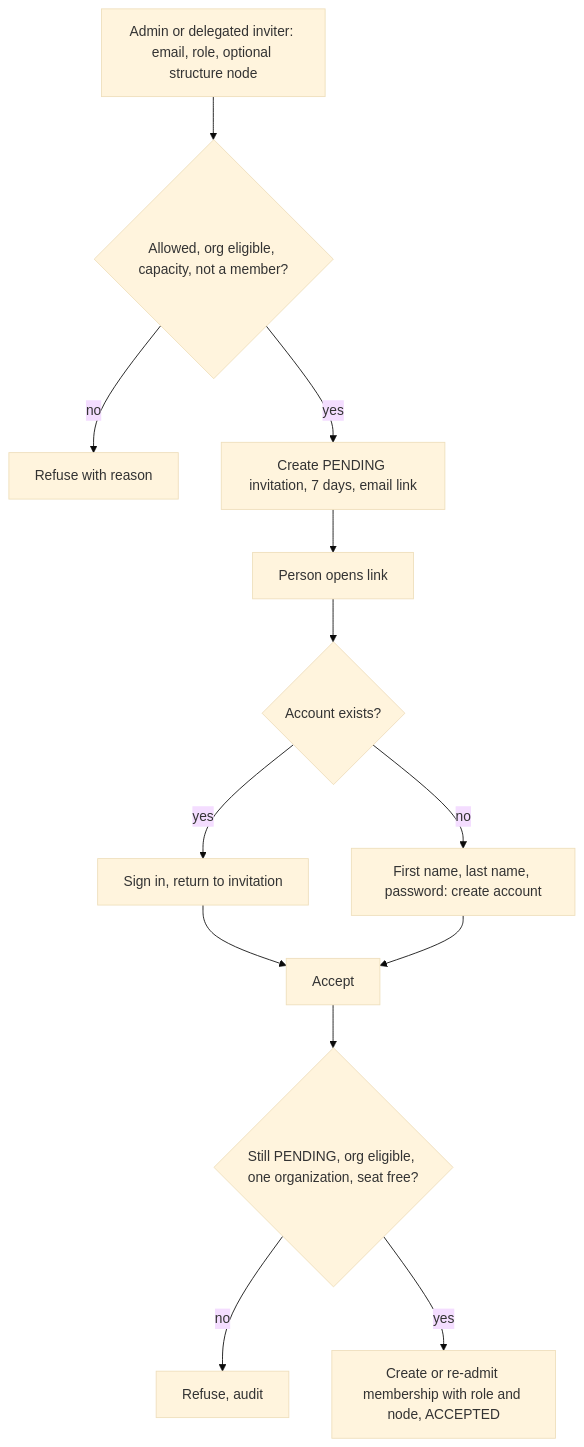
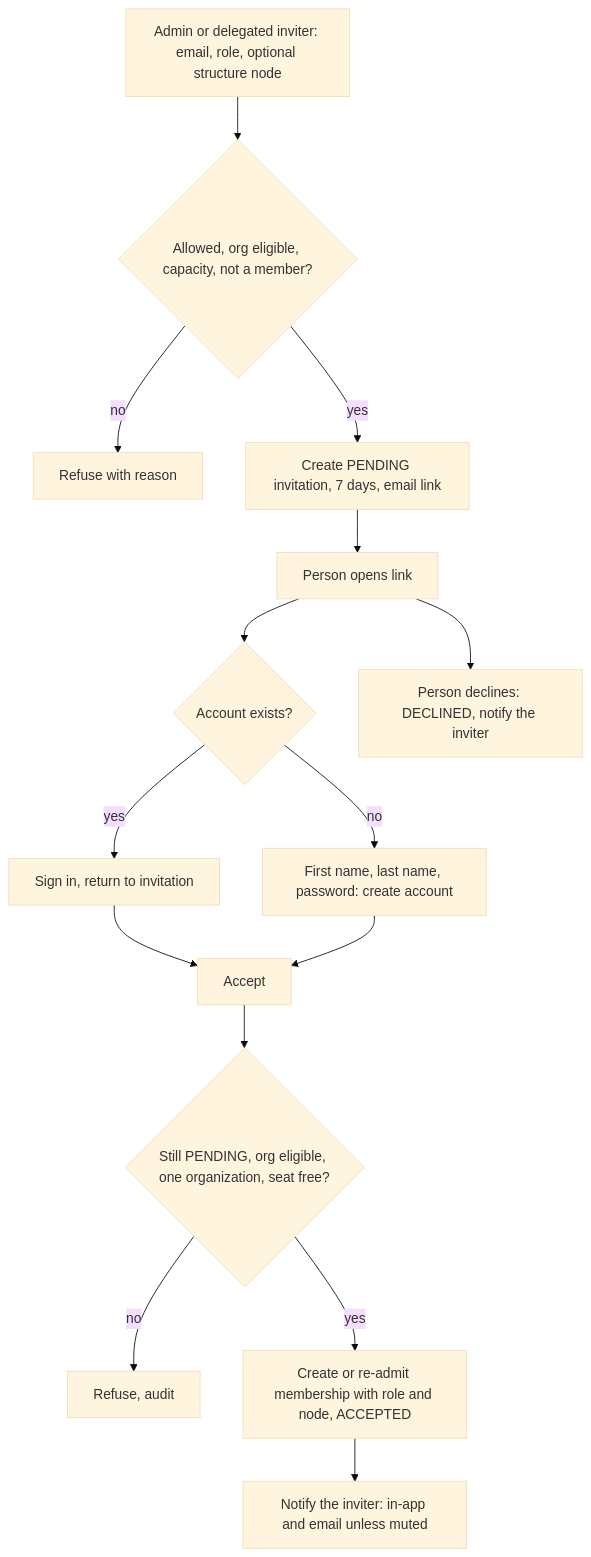
One commit to evyoog/Enterprise-Intelligence-Suite changed the diagram in docs/02-requirements/FRD/invite-user/workflow.md. Above: the diagram before and after it, drawn with Mermaid (base theme). The commit also changed 15 other files, not shown here.

First line of the commit message:
Invite user: record IN-7 to IN-10 (C87), notify the inviter on accept or decline

````diff
--- a/docs/02-requirements/FRD/invite-user/workflow.md
+++ b/docs/02-requirements/FRD/invite-user/workflow.md
@@ -3,15 +3,17 @@
 ```mermaid
 flowchart TD
   A[Admin or delegated inviter: email, role, optional structure node] --> B{Allowed, org eligible, capacity, not a member?}
   B -- no --> X[Refuse with reason]
   B -- yes --> C[Create PENDING invitation, 7 days, email link]
   C --> D[Person opens link]
   D --> E{Account exists?}
   E -- yes --> F[Sign in, return to invitation]
   E -- no --> G[First name, last name, password: create account]
   F --> H[Accept]
   G --> H
   H --> I{Still PENDING, org eligible, one organization, seat free?}
   I -- no --> Y[Refuse, audit]
   I -- yes --> J[Create or re-admit membership with role and node, ACCEPTED]
+  J --> K[Notify the inviter: in-app and email unless muted]
+  D --> L[Person declines: DECLINED, notify the inviter]
 ```
````
